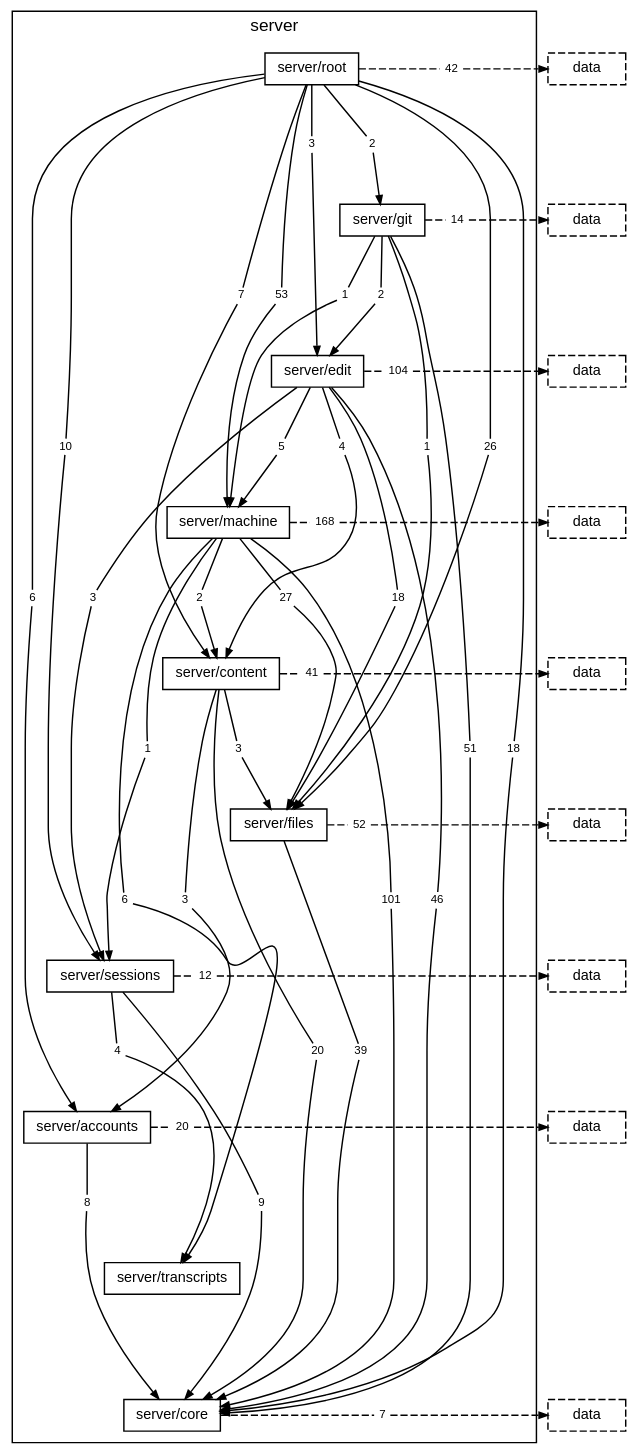
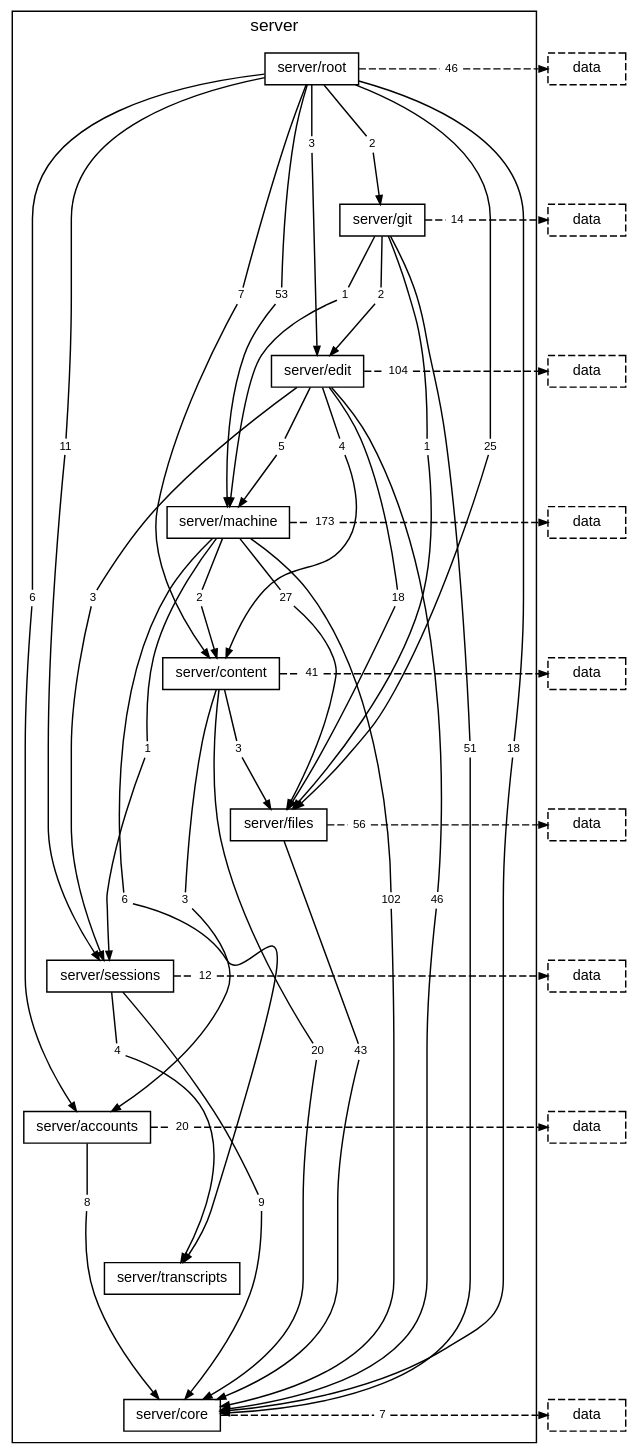
The diagram in docs/diagrams/layer-server.dot (TheAxeC/oculus), drawn with Graphviz before and after one commit. The commit also changed 215 other files, not shown here.

```diff
--- a/docs/diagrams/layer-server.dot
+++ b/docs/diagrams/layer-server.dot
@@ -18,11 +18,11 @@
         "folder server/root to folder server/content" [label="7", shape=box, color="transparent", fontsize=8, width=0, height=0, margin="0.04,0.02"];
         "folder server/root to folder server/core" [label="18", shape=box, color="transparent", fontsize=8, width=0, height=0, margin="0.04,0.02"];
         "folder server/root to folder server/edit" [label="3", shape=box, color="transparent", fontsize=8, width=0, height=0, margin="0.04,0.02"];
-        "folder server/root to folder server/files" [label="26", shape=box, color="transparent", fontsize=8, width=0, height=0, margin="0.04,0.02"];
+        "folder server/root to folder server/files" [label="25", shape=box, color="transparent", fontsize=8, width=0, height=0, margin="0.04,0.02"];
         "folder server/root to folder server/git" [label="2", shape=box, color="transparent", fontsize=8, width=0, height=0, margin="0.04,0.02"];
         "folder server/root to folder server/machine" [label="53", shape=box, color="transparent", fontsize=8, width=0, height=0, margin="0.04,0.02"];
-        "folder server/root to folder server/sessions" [label="10", shape=box, color="transparent", fontsize=8, width=0, height=0, margin="0.04,0.02"];
-        "folder server/root to layer data" [label="42", shape=box, color="transparent", fontsize=8, width=0, height=0, margin="0.04,0.02"];
+        "folder server/root to folder server/sessions" [label="11", shape=box, color="transparent", fontsize=8, width=0, height=0, margin="0.04,0.02"];
+        "folder server/root to layer data" [label="46", shape=box, color="transparent", fontsize=8, width=0, height=0, margin="0.04,0.02"];
         "folder server/git to folder server/core" [label="51", shape=box, color="transparent", fontsize=8, width=0, height=0, margin="0.04,0.02"];
         "folder server/git to folder server/edit" [label="2", shape=box, color="transparent", fontsize=8, width=0, height=0, margin="0.04,0.02"];
         "folder server/git to folder server/files" [label="1", shape=box, color="transparent", fontsize=8, width=0, height=0, margin="0.04,0.02"];
@@ -35,17 +35,17 @@
         "folder server/edit to folder server/sessions" [label="3", shape=box, color="transparent", fontsize=8, width=0, height=0, margin="0.04,0.02"];
         "folder server/edit to layer data" [label="104", shape=box, color="transparent", fontsize=8, width=0, height=0, margin="0.04,0.02"];
         "folder server/machine to folder server/content" [label="2", shape=box, color="transparent", fontsize=8, width=0, height=0, margin="0.04,0.02"];
-        "folder server/machine to folder server/core" [label="101", shape=box, color="transparent", fontsize=8, width=0, height=0, margin="0.04,0.02"];
+        "folder server/machine to folder server/core" [label="102", shape=box, color="transparent", fontsize=8, width=0, height=0, margin="0.04,0.02"];
         "folder server/machine to folder server/files" [label="27", shape=box, color="transparent", fontsize=8, width=0, height=0, margin="0.04,0.02"];
         "folder server/machine to folder server/sessions" [label="1", shape=box, color="transparent", fontsize=8, width=0, height=0, margin="0.04,0.02"];
         "folder server/machine to folder server/transcripts" [label="6", shape=box, color="transparent", fontsize=8, width=0, height=0, margin="0.04,0.02"];
-        "folder server/machine to layer data" [label="168", shape=box, color="transparent", fontsize=8, width=0, height=0, margin="0.04,0.02"];
+        "folder server/machine to layer data" [label="173", shape=box, color="transparent", fontsize=8, width=0, height=0, margin="0.04,0.02"];
         "folder server/content to folder server/accounts" [label="3", shape=box, color="transparent", fontsize=8, width=0, height=0, margin="0.04,0.02"];
         "folder server/content to folder server/core" [label="20", shape=box, color="transparent", fontsize=8, width=0, height=0, margin="0.04,0.02"];
         "folder server/content to folder server/files" [label="3", shape=box, color="transparent", fontsize=8, width=0, height=0, margin="0.04,0.02"];
         "folder server/content to layer data" [label="41", shape=box, color="transparent", fontsize=8, width=0, height=0, margin="0.04,0.02"];
-        "folder server/files to folder server/core" [label="39", shape=box, color="transparent", fontsize=8, width=0, height=0, margin="0.04,0.02"];
-        "folder server/files to layer data" [label="52", shape=box, color="transparent", fontsize=8, width=0, height=0, margin="0.04,0.02"];
+        "folder server/files to folder server/core" [label="43", shape=box, color="transparent", fontsize=8, width=0, height=0, margin="0.04,0.02"];
+        "folder server/files to layer data" [label="56", shape=box, color="transparent", fontsize=8, width=0, height=0, margin="0.04,0.02"];
         "folder server/sessions to folder server/core" [label="9", shape=box, color="transparent", fontsize=8, width=0, height=0, margin="0.04,0.02"];
         "folder server/sessions to folder server/transcripts" [label="4", shape=box, color="transparent", fontsize=8, width=0, height=0, margin="0.04,0.02"];
         "folder server/sessions to layer data" [label="12", shape=box, color="transparent", fontsize=8, width=0, height=0, margin="0.04,0.02"];
```
